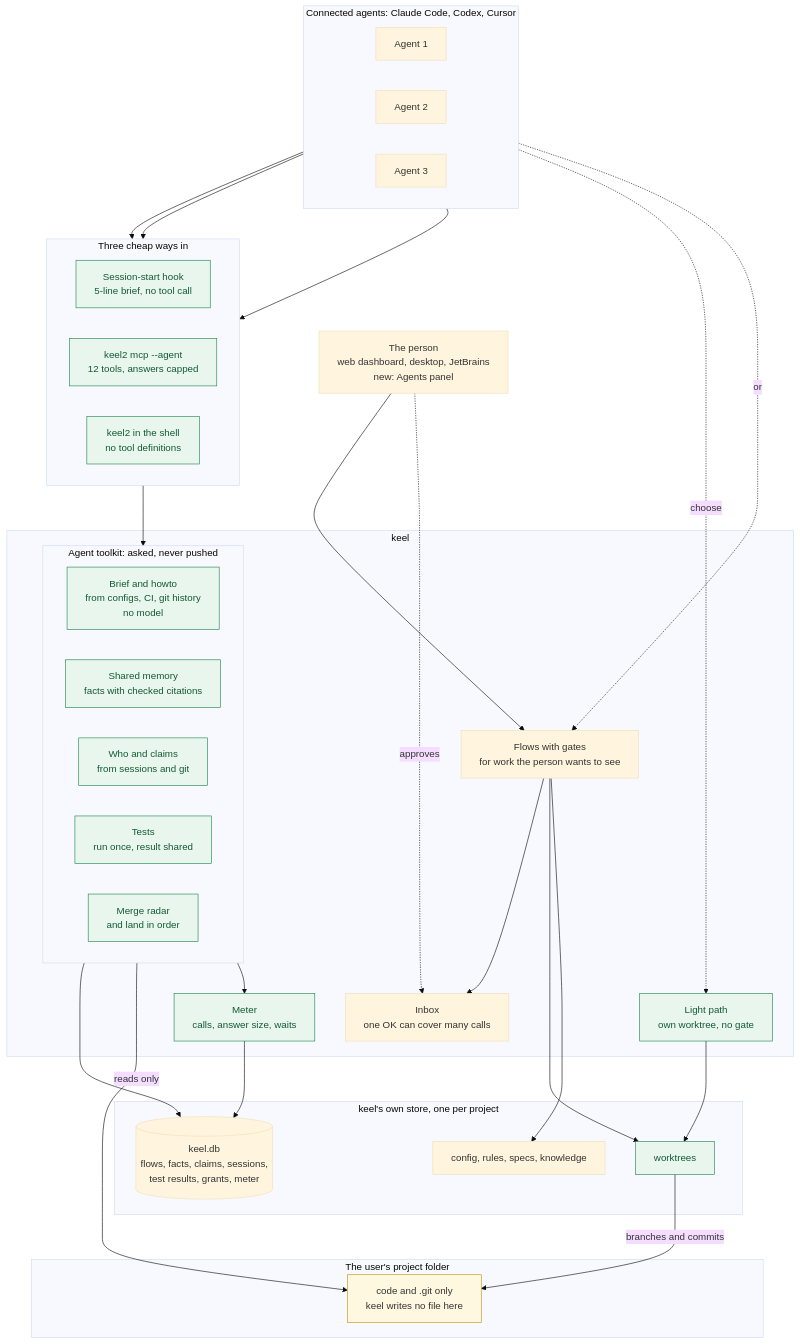
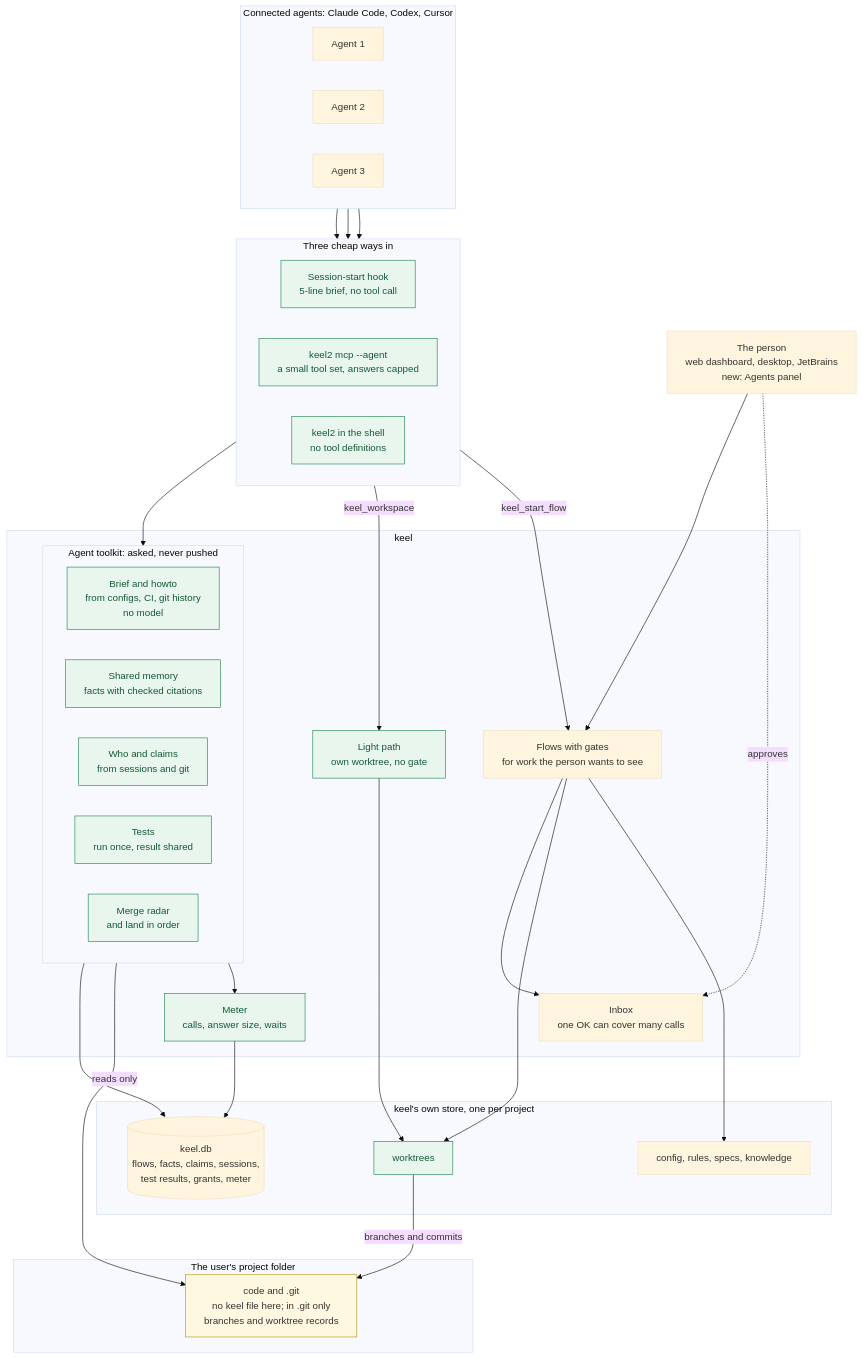
One commit to MiladNalbandi/keel-v2 changed the fourth of 7 diagrams in docs/research/keel-feature-proposal.md. Above: the diagram before and after it, drawn with Mermaid (base theme). The commit also changed other lines of this file and 13 other files, not shown here.

````diff
--- a/docs/research/keel-feature-proposal.md
+++ b/docs/research/keel-feature-proposal.md
@@ -583,67 +683,67 @@
 ```mermaid
 %%{init: {"flowchart": {"wrappingWidth": 320}}}%%
 flowchart TB
   PERSON["The person<br/>web dashboard, desktop, JetBrains<br/>new: Agents panel"]
 
   subgraph AGENTS["Connected agents: Claude Code, Codex, Cursor"]
     direction LR
     A1["Agent 1"]
     A2["Agent 2"]
     A3["Agent 3"]
   end
 
   subgraph DOORS["Three cheap ways in"]
     direction LR
     HOOK["Session-start hook<br/>5-line brief, no tool call"]
-    MCPA["keel2 mcp --agent<br/>12 tools, answers capped"]
+    MCPA["keel2 mcp --agent<br/>a small tool set, answers capped"]
     CLI["keel2 in the shell<br/>no tool definitions"]
   end
 
   subgraph KEEL["keel"]
     subgraph KIT["Agent toolkit: asked, never pushed"]
       direction LR
       KNOW["Brief and howto<br/>from configs, CI, git history<br/>no model"]
       MEM["Shared memory<br/>facts with checked citations"]
       WHO["Who and claims<br/>from sessions and git"]
       TEST["Tests<br/>run once, result shared"]
       MERGE["Merge radar<br/>and land in order"]
     end
     LIGHT["Light path<br/>own worktree, no gate"]
     FLOWS["Flows with gates<br/>for work the person wants to see"]
     INBOX["Inbox<br/>one OK can cover many calls"]
     METER["Meter<br/>calls, answer size, waits"]
   end
 
   subgraph STORE["keel's own store, one per project"]
     DB[("keel.db<br/>flows, facts, claims, sessions,<br/>test results, grants, meter")]
     FILES["config, rules, specs, knowledge"]
     TREES["worktrees"]
   end
 
   subgraph PROJECT["The user's project folder"]
-    CODE["code and .git only<br/>keel writes no file here"]
+    CODE["code and .git<br/>no keel file here; in .git only<br/>branches and worktree records"]
   end
 
   A1 --> DOORS
   A2 --> DOORS
   A3 --> DOORS
   DOORS --> KIT
-  AGENTS -.->|"choose"| LIGHT
-  AGENTS -.->|"or"| FLOWS
+  DOORS -->|"keel_workspace"| LIGHT
+  DOORS -->|"keel_start_flow"| FLOWS
   PERSON --> FLOWS
   PERSON -.->|"approves"| INBOX
   FLOWS --> INBOX
   KIT --> DB
   KIT -->|"reads only"| CODE
   LIGHT --> TREES
   FLOWS --> TREES
   FLOWS --> FILES
   TREES -->|"branches and commits"| CODE
   METER --> DB
   KIT --> METER
 
   classDef new fill:#e8f6ee,stroke:#1e8449,color:#145a32
   class HOOK,MCPA,CLI,KNOW,MEM,WHO,TEST,MERGE,LIGHT,METER,TREES new
   classDef project fill:#fff8e1,stroke:#b7950b
   class CODE project
 ```
````
